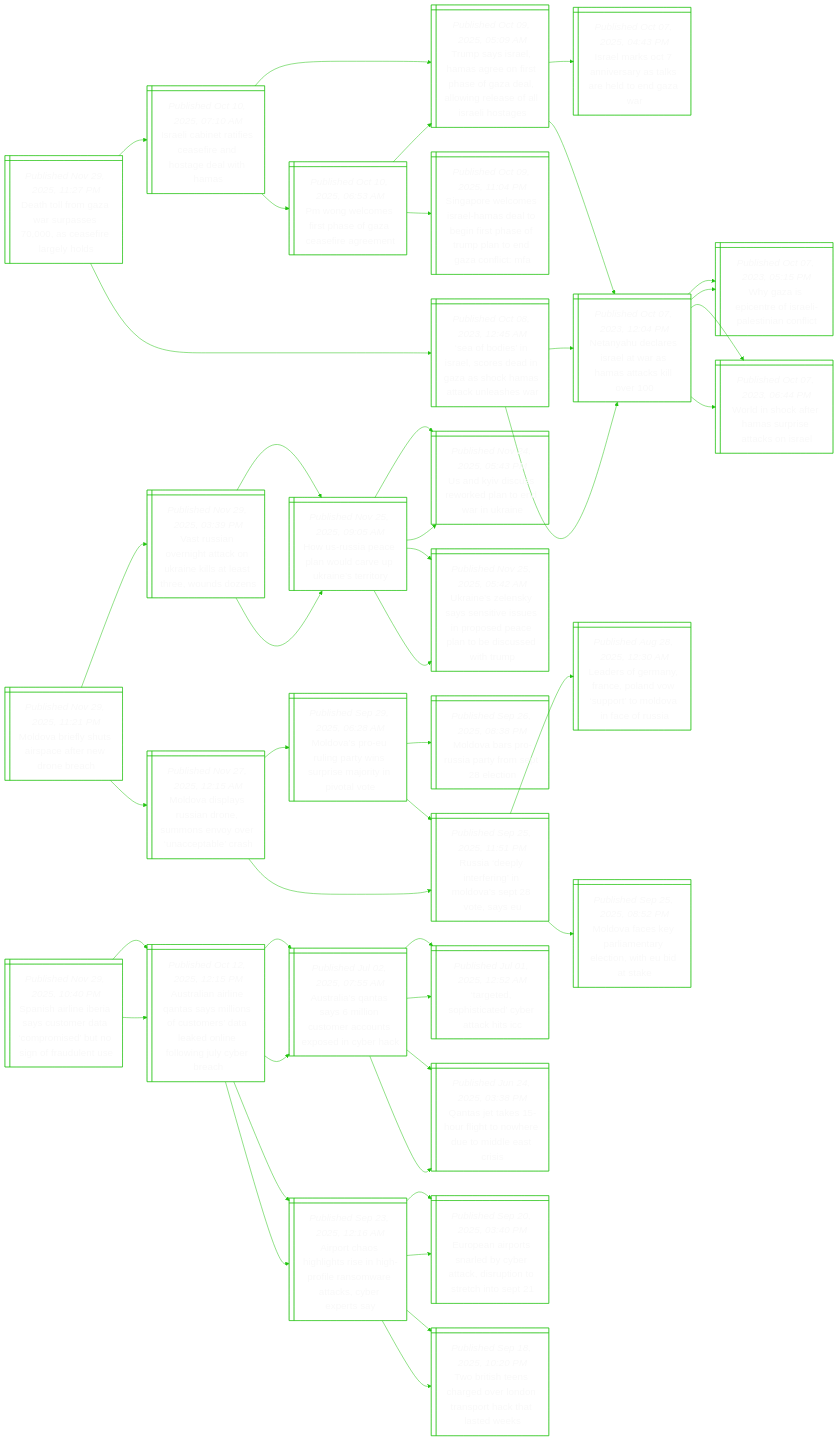
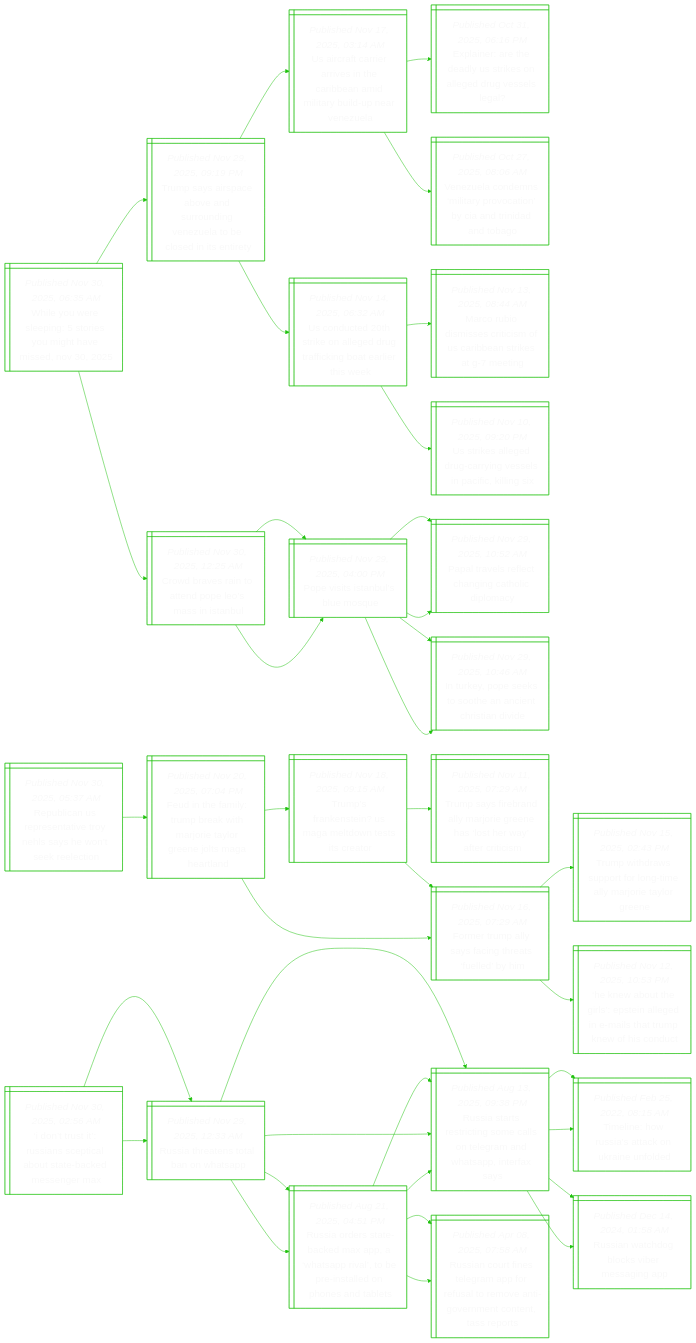
One commit to notJmes/notJmes changed the diagram in README.md. Above: the diagram before and after it, drawn with Mermaid. The commit also changed other lines of this file, not shown here.

````diff
--- a/README.md
+++ b/README.md
@@ -16,142 +16,121 @@
 flowchart LR
 classDef txtsize font-size:20px;
 
-Dtrzssselld@{ shape: win-pane, label: "_Published Nov 29, 2025, 11:27 PM_
-Death toll from gaza war surpasses 70,000, as ceasefire largely holds" }
-Iliaeseoewa@{ shape: win-pane, label: "_Published Oct 10, 2025, 07:10 AM_
-Israeli cabinet ratifies ceasefire and hostage deal with hamas" }
-TssHaossaaorslaoe@{ shape: win-pane, label: "_Published Oct 09, 2025, 05:09 AM_
-Trump says israel, hamas agree on first phase of gaza deal, allowing release of all israeli hostages" }
-Ilsnrakhoar@{ shape: win-pane, label: "_Published Oct 07, 2025, 04:43 PM_
-Israel marks oct 7 anniversary as talks are held to end gaza war" }
-NyeeawHakl@{ shape: win-pane, label: "_Published Oct 07, 2023, 12:04 PM_
-Netanyahu declares israel at war as hamas attacks kill over 100" }
-Pgoihfcfge@{ shape: win-pane, label: "_Published Oct 10, 2025, 06:53 AM_
-Pm wong welcomes first phase of gaza ceasefire agreement" }
-TssHaossaaorslaoe@{ shape: win-pane, label: "_Published Oct 09, 2025, 05:09 AM_
-Trump says israel, hamas agree on first phase of gaza deal, allowing release of all israeli hostages" }
-SpeeamaeihfptGoc@{ shape: win-pane, label: "_Published Oct 09, 2025, 11:04 PM_
-Singapore welcomes israel-hamas deal to begin first phase of trump plan to end gaza conflict: mfa" }
-Sbsrcdnacaale@{ shape: win-pane, label: "_Published Oct 08, 2023, 12:45 AM_
-‘sea of bodies’ in israel, scores dead in gaza as shock hamas attack unleashes war" }
-NyeeawHakl@{ shape: win-pane, label: "_Published Oct 07, 2023, 12:04 PM_
-Netanyahu declares israel at war as hamas attacks kill over 100" }
-WzptIleint@{ shape: win-pane, label: "_Published Oct 07, 2023, 05:15 PM_
-Why gaza is epicentre of israeli-palestinian conflict" }
-Wiceapaks@{ shape: win-pane, label: "_Published Oct 07, 2023, 06:44 PM_
-World in shock after hamas surprise attacks on israel" }
-NyeeawHakl@{ shape: win-pane, label: "_Published Oct 07, 2023, 12:04 PM_
-Netanyahu declares israel at war as hamas attacks kill over 100" }
-WzptIleint@{ shape: win-pane, label: "_Published Oct 07, 2023, 05:15 PM_
-Why gaza is epicentre of israeli-palestinian conflict" }
-Wiceapaks@{ shape: win-pane, label: "_Published Oct 07, 2023, 06:44 PM_
-World in shock after hamas surprise attacks on israel" }
+WYresemhiN@{ shape: win-pane, label: "_Published Nov 30, 2025, 06:35 AM_
+While you were sleeping: 5 stories you might have missed, nov 30, 2025" }
+Tsicvsugztliee@{ shape: win-pane, label: "_Published Nov 29, 2025, 09:19 PM_
+Trump says airspace above and surrounding venezuela to be closed in its entirety" }
+Ucceinaeiiburz@{ shape: win-pane, label: "_Published Nov 17, 2025, 03:14 AM_
+Us aircraft carrier arrives in the caribbean amid military build-up near venezuela" }
+Eirdyroersl@{ shape: win-pane, label: "_Published Oct 31, 2025, 06:16 PM_
+Explainer: are the deadly us strikes on alleged drug vessels legal?​" }
+VuonipcnAraTo@{ shape: win-pane, label: "_Published Oct 27, 2025, 08:06 AM_
+Venezuela condemns ‘military provocation’ by cia and trinidad and tobago" }
+Uddrngufialhe@{ shape: win-pane, label: "_Published Nov 14, 2025, 06:32 AM_
+Us conducted 20th strike on alleged drug trafficking boat earlier this week" }
+MRdsriUinkGi@{ shape: win-pane, label: "_Published Nov 13, 2025, 08:44 AM_
+Marco rubio dismisses criticism of us caribbean strikes at g-7 meeting" }
+Uildcisiiig@{ shape: win-pane, label: "_Published Nov 10, 2025, 09:20 PM_
+Us strikes alleged drug-carrying vessels in pacific, killing six" }
+Cbstepsia@{ shape: win-pane, label: "_Published Nov 30, 2025, 12:25 AM_
+Crowd braves rain to attend pope leo’s mass in istanbul" }
+PiIbls@{ shape: win-pane, label: "_Published Nov 29, 2025, 04:00 PM_
+Pope visits istanbul’s blue mosque" }
+Ptllhnhdm@{ shape: win-pane, label: "_Published Nov 29, 2025, 10:52 AM_
+Papal travels reflect changing catholic diplomacy" }
+Ikpkoaihiv@{ shape: win-pane, label: "_Published Nov 29, 2025, 10:46 AM_
+In turkey, pope seeks to soothe an ancient christian divide" }
+PiIbls@{ shape: win-pane, label: "_Published Nov 29, 2025, 04:00 PM_
+Pope visits istanbul’s blue mosque" }
+Ptllhnhdm@{ shape: win-pane, label: "_Published Nov 29, 2025, 10:52 AM_
+Papal travels reflect changing catholic diplomacy" }
+Ikpkoaihiv@{ shape: win-pane, label: "_Published Nov 29, 2025, 10:46 AM_
+In turkey, pope seeks to soothe an ancient christian divide" }
 
-Dtrzssselld:::txtsize --> Iliaeseoewa:::txtsize
-Iliaeseoewa:::txtsize --> TssHaossaaorslaoe:::txtsize
-TssHaossaaorslaoe:::txtsize --> Ilsnrakhoar:::txtsize
-TssHaossaaorslaoe:::txtsize --> NyeeawHakl:::txtsize
-Iliaeseoewa:::txtsize --> Pgoihfcfge:::txtsize
-Pgoihfcfge:::txtsize --> TssHaossaaorslaoe:::txtsize
-Pgoihfcfge:::txtsize --> SpeeamaeihfptGoc:::txtsize
-Dtrzssselld:::txtsize --> Sbsrcdnacaale:::txtsize
-Sbsrcdnacaale:::txtsize --> NyeeawHakl:::txtsize
-NyeeawHakl:::txtsize --> WzptIleint:::txtsize
-NyeeawHakl:::txtsize --> Wiceapaks:::txtsize
-Sbsrcdnacaale:::txtsize --> NyeeawHakl:::txtsize
-NyeeawHakl:::txtsize --> WzptIleint:::txtsize
-NyeeawHakl:::txtsize --> Wiceapaks:::txtsize
+WYresemhiN:::txtsize --> Tsicvsugztliee:::txtsize
+Tsicvsugztliee:::txtsize --> Ucceinaeiiburz:::txtsize
+Ucceinaeiiburz:::txtsize --> Eirdyroersl:::txtsize
+Ucceinaeiiburz:::txtsize --> VuonipcnAraTo:::txtsize
+Tsicvsugztliee:::txtsize --> Uddrngufialhe:::txtsize
+Uddrngufialhe:::txtsize --> MRdsriUinkGi:::txtsize
+Uddrngufialhe:::txtsize --> Uildcisiiig:::txtsize
+WYresemhiN:::txtsize --> Cbstepsia:::txtsize
+Cbstepsia:::txtsize --> PiIbls:::txtsize
+PiIbls:::txtsize --> Ptllhnhdm:::txtsize
+PiIbls:::txtsize --> Ikpkoaihiv:::txtsize
+Cbstepsia:::txtsize --> PiIbls:::txtsize
+PiIbls:::txtsize --> Ptllhnhdm:::txtsize
+PiIbls:::txtsize --> Ikpkoaihiv:::txtsize
 
-Mvehicedbh@{ shape: win-pane, label: "_Published Nov 29, 2025, 11:21 PM_
-Moldova briefly shuts airspace after new drone breach" }
-Vunnakrkasenz@{ shape: win-pane, label: "_Published Nov 29, 2025, 03:39 PM_
-Vast russian overnight attack on ukraine kills at least three, wounds dozens" }
-HRaewcuatt@{ shape: win-pane, label: "_Published Nov 25, 2025, 09:05 AM_
-How us-russia peace plan would carve up ukraine’s territory" }
-UKisrlerr@{ shape: win-pane, label: "_Published Nov 24, 2025, 05:43 PM_
-Us and kyiv discuss reworked plan to end war in ukraine" }
-Unlystsippposehp@{ shape: win-pane, label: "_Published Nov 25, 2025, 05:42 AM_
-Ukraine’s zelensky says sensitive issues in proposed peace plan to be discussed with trump" }
-HRaewcuatt@{ shape: win-pane, label: "_Published Nov 25, 2025, 09:05 AM_
-How us-russia peace plan would carve up ukraine’s territory" }
-UKisrlerr@{ shape: win-pane, label: "_Published Nov 24, 2025, 05:43 PM_
-Us and kyiv discuss reworked plan to end war in ukraine" }
-Unlystsippposehp@{ shape: win-pane, label: "_Published Nov 25, 2025, 05:42 AM_
-Ukraine’s zelensky says sensitive issues in proposed peace plan to be discussed with trump" }
-MvpRanmnvatc@{ shape: win-pane, label: "_Published Nov 27, 2025, 12:15 AM_
-Moldova displays russian drone, summons envoy over ‘unacceptable’ crash" }
-Mvolairerntt@{ shape: win-pane, label: "_Published Sep 29, 2025, 06:28 AM_
-Moldova’s pro-eu ruling party wins surprise majority in pivotal vote" }
-Mvsupfeen@{ shape: win-pane, label: "_Published Sep 26, 2025, 08:38 PM_
-Moldova bars pro-russia party from sept 28 election" }
-RaleiMvpeE@{ shape: win-pane, label: "_Published Sep 25, 2025, 11:51 PM_
-Russia ‘deeply interfering’ in moldova’s sept 28 vote, says eu" }
-RaleiMvpeE@{ shape: win-pane, label: "_Published Sep 25, 2025, 11:51 PM_
-Russia ‘deeply interfering’ in moldova’s sept 28 vote, says eu" }
-LreycawoMvaRa@{ shape: win-pane, label: "_Published Aug 28, 2025, 12:30 AM_
-Leaders of germany, france, poland vow ‘support’ to moldova in face of russia" }
-MvepaaenEak@{ shape: win-pane, label: "_Published Sep 25, 2025, 08:52 PM_
-Moldova faces key parliamentary election, with eu bid at stake" }
+RlUrteNseset@{ shape: win-pane, label: "_Published Nov 30, 2025, 05:37 AM_
+Republican us representative troy nehls says he won’t seek reelection" }
+FnaTbwaileoAan@{ shape: win-pane, label: "_Published Nov 20, 2025, 07:04 PM_
+Feud in the family: trump break with marjorie taylor greene jolts maga heartland" }
+TskeMewtco@{ shape: win-pane, label: "_Published Nov 18, 2025, 09:15 AM_
+Trump’s frankenstein? us maga meltdown tests its creator" }
+TsialjGeorfri@{ shape: win-pane, label: "_Published Nov 11, 2025, 07:29 AM_
+Trump says firebrand ally marjorie greene has ‘lost her way’ after criticism" }
+Frpsattly@{ shape: win-pane, label: "_Published Nov 16, 2025, 07:29 AM_
+Former trump ally says facing threats ‘fuelled’ by him" }
+Frpsattly@{ shape: win-pane, label: "_Published Nov 16, 2025, 07:29 AM_
+Former trump ally says facing threats ‘fuelled’ by him" }
+TwrutomyoaGe@{ shape: win-pane, label: "_Published Nov 15, 2025, 02:43 PM_
+Trump withdraws support for long-time ally marjorie taylor greene" }
+HwtipngesTkfot@{ shape: win-pane, label: "_Published Nov 12, 2025, 10:53 PM_
+‘he knew about the girls’: epstein alleged in e-mails that trump knew of his conduct" }
 
-Mvehicedbh:::txtsize --> Vunnakrkasenz:::txtsize
-Vunnakrkasenz:::txtsize --> HRaewcuatt:::txtsize
-HRaewcuatt:::txtsize --> UKisrlerr:::txtsize
-HRaewcuatt:::txtsize --> Unlystsippposehp:::txtsize
-Vunnakrkasenz:::txtsize --> HRaewcuatt:::txtsize
-HRaewcuatt:::txtsize --> UKisrlerr:::txtsize
-HRaewcuatt:::txtsize --> Unlystsippposehp:::txtsize
-Mvehicedbh:::txtsize --> MvpRanmnvatc:::txtsize
-MvpRanmnvatc:::txtsize --> Mvolairerntt:::txtsize
-Mvolairerntt:::txtsize --> Mvsupfeen:::txtsize
-Mvolairerntt:::txtsize --> RaleiMvpeE:::txtsize
-MvpRanmnvatc:::txtsize --> RaleiMvpeE:::txtsize
-RaleiMvpeE:::txtsize --> LreycawoMvaRa:::txtsize
-RaleiMvpeE:::txtsize --> MvepaaenEak:::txtsize
+RlUrteNseset:::txtsize --> FnaTbwaileoAan:::txtsize
+FnaTbwaileoAan:::txtsize --> TskeMewtco:::txtsize
+TskeMewtco:::txtsize --> TsialjGeorfri:::txtsize
+TskeMewtco:::txtsize --> Frpsattly:::txtsize
+FnaTbwaileoAan:::txtsize --> Frpsattly:::txtsize
+Frpsattly:::txtsize --> TwrutomyoaGe:::txtsize
+Frpsattly:::txtsize --> HwtipngesTkfot:::txtsize
 
-Sslbsuearennaee@{ shape: win-pane, label: "_Published Nov 29, 2025, 10:40 PM_
-Spanish airline iberia says customer data ‘compromised’ but no sign of fraudulent use" }
-Aaantylotsldnlgcbh@{ shape: win-pane, label: "_Published Oct 12, 2025, 12:15 PM_
-Australian airline qantas says millions of customers’ data leaked online following july cyber breach" }
-AaQsmotanpiek@{ shape: win-pane, label: "_Published Jul 02, 2025, 07:55 AM_
-Australia’s qantas says 6 million customer accounts exposed in cyber hack" }
-Ttpidrcs@{ shape: win-pane, label: "_Published Jul 01, 2025, 12:52 AM_
-‘targeted, sophisticated’ cyber attack hits icc" }
-Qsaoioeedai@{ shape: win-pane, label: "_Published Jun 24, 2025, 03:38 PM_
-Qantas jet takes 15-hour flight to nowhere due to middle east crisis" }
-Arohtegfawtsrry@{ shape: win-pane, label: "_Published Sep 23, 2025, 12:16 AM_
-Airport chaos highlights rise in high-profile ransomware attacks, cyber experts say" }
-Eerslcakunrie@{ shape: win-pane, label: "_Published Sep 20, 2025, 03:40 PM_
-European airports snarled by cyber attack, disruption to stretch into sept 21" }
-Titceronttaw@{ shape: win-pane, label: "_Published Sep 18, 2025, 10:20 PM_
-Two british teens charged over london transport hack that lasted weeks" }
-Aaantylotsldnlgcbh@{ shape: win-pane, label: "_Published Oct 12, 2025, 12:15 PM_
-Australian airline qantas says millions of customers’ data leaked online following july cyber breach" }
-AaQsmotanpiek@{ shape: win-pane, label: "_Published Jul 02, 2025, 07:55 AM_
-Australia’s qantas says 6 million customer accounts exposed in cyber hack" }
-Ttpidrcs@{ shape: win-pane, label: "_Published Jul 01, 2025, 12:52 AM_
-‘targeted, sophisticated’ cyber attack hits icc" }
-Qsaoioeedai@{ shape: win-pane, label: "_Published Jun 24, 2025, 03:38 PM_
-Qantas jet takes 15-hour flight to nowhere due to middle east crisis" }
-Arohtegfawtsrry@{ shape: win-pane, label: "_Published Sep 23, 2025, 12:16 AM_
-Airport chaos highlights rise in high-profile ransomware attacks, cyber experts say" }
-Eerslcakunrie@{ shape: win-pane, label: "_Published Sep 20, 2025, 03:40 PM_
-European airports snarled by cyber attack, disruption to stretch into sept 21" }
-Titceronttaw@{ shape: win-pane, label: "_Published Sep 18, 2025, 10:20 PM_
-Two british teens charged over london transport hack that lasted weeks" }
+ItissibtamnA@{ shape: win-pane, label: "_Published Nov 30, 2025, 02:56 AM_
+‘i don’t trust it’: russians sceptical about state-backed messenger max" }
+RaatbWA@{ shape: win-pane, label: "_Published Nov 29, 2025, 12:33 AM_
+Russia threatens total ban on whatsapp" }
+RattimleaWAtx@{ shape: win-pane, label: "_Published Aug 13, 2025, 09:38 PM_
+Russia starts restricting some calls on telegram and whatsapp, interfax says" }
+Tiwitnifd@{ shape: win-pane, label: "_Published Feb 25, 2022, 08:15 AM_
+Timeline: how russia's attack on ukraine unfolded" }
+Racbsraa@{ shape: win-pane, label: "_Published Dec 14, 2024, 01:58 AM_
+Russian watchdog blocks viber messaging app" }
+RartkXWAvbilnett@{ shape: win-pane, label: "_Published Aug 21, 2025, 04:51 PM_
+Russia orders state-backed max app, a ‘whatsapp rival’, to be pre-installed on phones and tablets" }
+RattimleaWAtx@{ shape: win-pane, label: "_Published Aug 13, 2025, 09:38 PM_
+Russia starts restricting some calls on telegram and whatsapp, interfax says" }
+RareearsregncnSr@{ shape: win-pane, label: "_Published Apr 08, 2025, 07:58 AM_
+Russian court fines telegram app for refusal to remove anti-government content, tass reports" }
+RaatbWA@{ shape: win-pane, label: "_Published Nov 29, 2025, 12:33 AM_
+Russia threatens total ban on whatsapp" }
+RattimleaWAtx@{ shape: win-pane, label: "_Published Aug 13, 2025, 09:38 PM_
+Russia starts restricting some calls on telegram and whatsapp, interfax says" }
+Tiwitnifd@{ shape: win-pane, label: "_Published Feb 25, 2022, 08:15 AM_
+Timeline: how russia's attack on ukraine unfolded" }
+Racbsraa@{ shape: win-pane, label: "_Published Dec 14, 2024, 01:58 AM_
+Russian watchdog blocks viber messaging app" }
+RartkXWAvbilnett@{ shape: win-pane, label: "_Published Aug 21, 2025, 04:51 PM_
+Russia orders state-backed max app, a ‘whatsapp rival’, to be pre-installed on phones and tablets" }
+RattimleaWAtx@{ shape: win-pane, label: "_Published Aug 13, 2025, 09:38 PM_
+Russia starts restricting some calls on telegram and whatsapp, interfax says" }
+RareearsregncnSr@{ shape: win-pane, label: "_Published Apr 08, 2025, 07:58 AM_
+Russian court fines telegram app for refusal to remove anti-government content, tass reports" }
 
-Sslbsuearennaee:::txtsize --> Aaantylotsldnlgcbh:::txtsize
-Aaantylotsldnlgcbh:::txtsize --> AaQsmotanpiek:::txtsize
-AaQsmotanpiek:::txtsize --> Ttpidrcs:::txtsize
-AaQsmotanpiek:::txtsize --> Qsaoioeedai:::txtsize
-Aaantylotsldnlgcbh:::txtsize --> Arohtegfawtsrry:::txtsize
-Arohtegfawtsrry:::txtsize --> Eerslcakunrie:::txtsize
-Arohtegfawtsrry:::txtsize --> Titceronttaw:::txtsize
-Sslbsuearennaee:::txtsize --> Aaantylotsldnlgcbh:::txtsize
-Aaantylotsldnlgcbh:::txtsize --> AaQsmotanpiek:::txtsize
-AaQsmotanpiek:::txtsize --> Ttpidrcs:::txtsize
-AaQsmotanpiek:::txtsize --> Qsaoioeedai:::txtsize
-Aaantylotsldnlgcbh:::txtsize --> Arohtegfawtsrry:::txtsize
-Arohtegfawtsrry:::txtsize --> Eerslcakunrie:::txtsize
-Arohtegfawtsrry:::txtsize --> Titceronttaw:::txtsize
+ItissibtamnA:::txtsize --> RaatbWA:::txtsize
+RaatbWA:::txtsize --> RattimleaWAtx:::txtsize
+RattimleaWAtx:::txtsize --> Tiwitnifd:::txtsize
+RattimleaWAtx:::txtsize --> Racbsraa:::txtsize
+RaatbWA:::txtsize --> RartkXWAvbilnett:::txtsize
+RartkXWAvbilnett:::txtsize --> RattimleaWAtx:::txtsize
+RartkXWAvbilnett:::txtsize --> RareearsregncnSr:::txtsize
+ItissibtamnA:::txtsize --> RaatbWA:::txtsize
+RaatbWA:::txtsize --> RattimleaWAtx:::txtsize
+RattimleaWAtx:::txtsize --> Tiwitnifd:::txtsize
+RattimleaWAtx:::txtsize --> Racbsraa:::txtsize
+RaatbWA:::txtsize --> RartkXWAvbilnett:::txtsize
+RartkXWAvbilnett:::txtsize --> RattimleaWAtx:::txtsize
+RartkXWAvbilnett:::txtsize --> RareearsregncnSr:::txtsize
 
 ```
````
